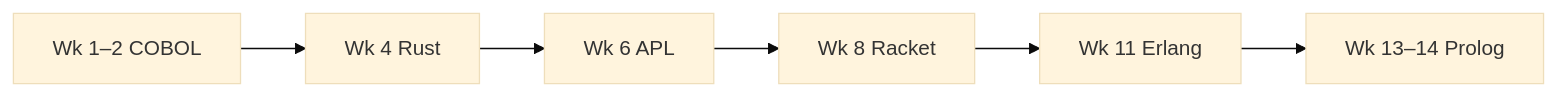
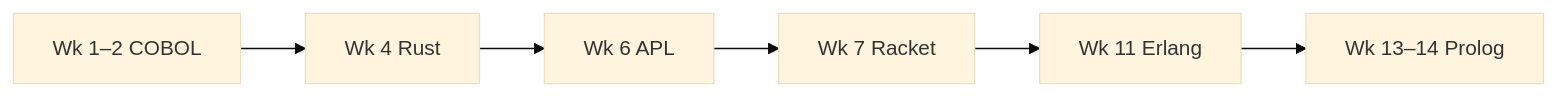
One commit to NicholasSeward/ProgLang changed the diagram in Course Plan — Language Mini Assignments.md. Above: the diagram before and after it, drawn with Mermaid (base theme). The commit also changed other lines of this file and 6 other files, not shown here.

````diff
--- a/Course Plan — Language Mini Assignments.md
+++ b/Course Plan — Language Mini Assignments.md
@@ -33,4 +33,4 @@
 ```mermaid
 flowchart LR
-  C["Wk 1–2 COBOL"] --> R["Wk 4 Rust"] --> A["Wk 6 APL"] --> K["Wk 8 Racket"] --> E["Wk 11 Erlang"] --> P["Wk 13–14 Prolog"]
+  C["Wk 1–2 COBOL"] --> R["Wk 4 Rust"] --> A["Wk 6 APL"] --> K["Wk 7 Racket"] --> E["Wk 11 Erlang"] --> P["Wk 13–14 Prolog"]
 ```
````
